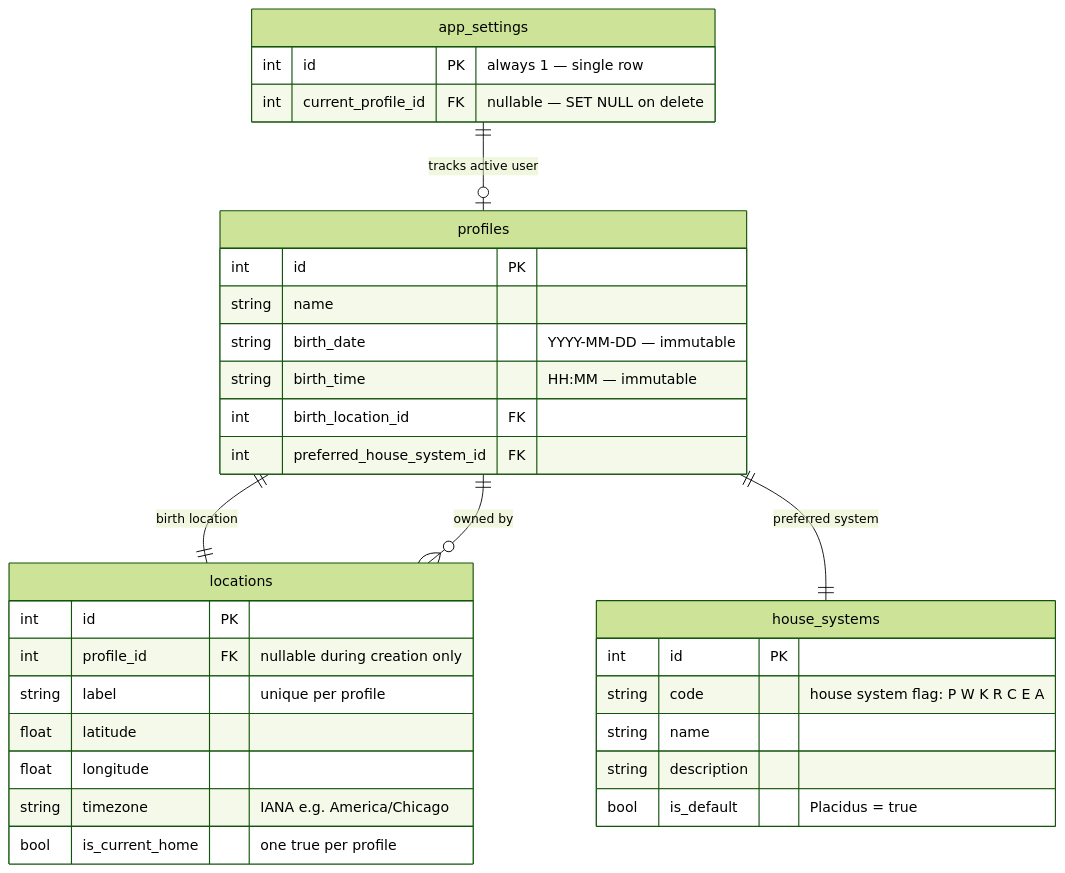
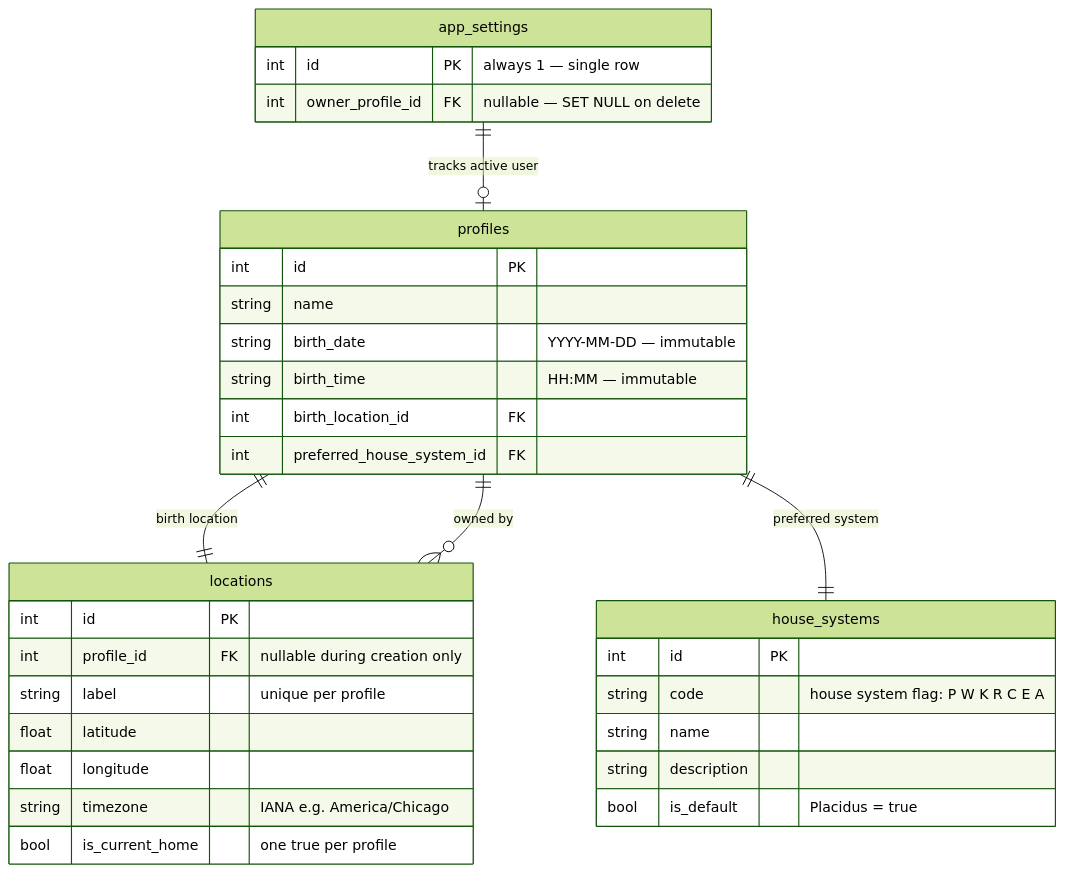
Before and after one commit to w8s/w8s-astro-mcp: the second of 6 diagrams in docs/DATABASE_SCHEMA.md, drawn with Mermaid (forest theme). The commit also changed other lines of this file and 8 other files, not shown here.

````diff
--- a/docs/DATABASE_SCHEMA.md
+++ b/docs/DATABASE_SCHEMA.md
@@ -205,36 +205,36 @@
 ```mermaid
 erDiagram
     app_settings {
         int id PK "always 1 — single row"
-        int current_profile_id FK "nullable — SET NULL on delete"
+        int owner_profile_id FK "nullable — SET NULL on delete"
     }
     house_systems {
         int id PK
         string code "house system flag: P W K R C E A"
         string name
         string description
         bool is_default "Placidus = true"
     }
     locations {
         int id PK
         int profile_id FK "nullable during creation only"
         string label "unique per profile"
         float latitude
         float longitude
         string timezone "IANA e.g. America/Chicago"
         bool is_current_home "one true per profile"
     }
     profiles {
         int id PK
         string name
         string birth_date "YYYY-MM-DD — immutable"
         string birth_time "HH:MM — immutable"
         int birth_location_id FK
         int preferred_house_system_id FK
     }
 
     app_settings ||--o| profiles : "tracks active user"
     profiles ||--|| locations : "birth location"
     profiles ||--|| house_systems : "preferred system"
     locations }o--|| profiles : "owned by"
 ```
````
